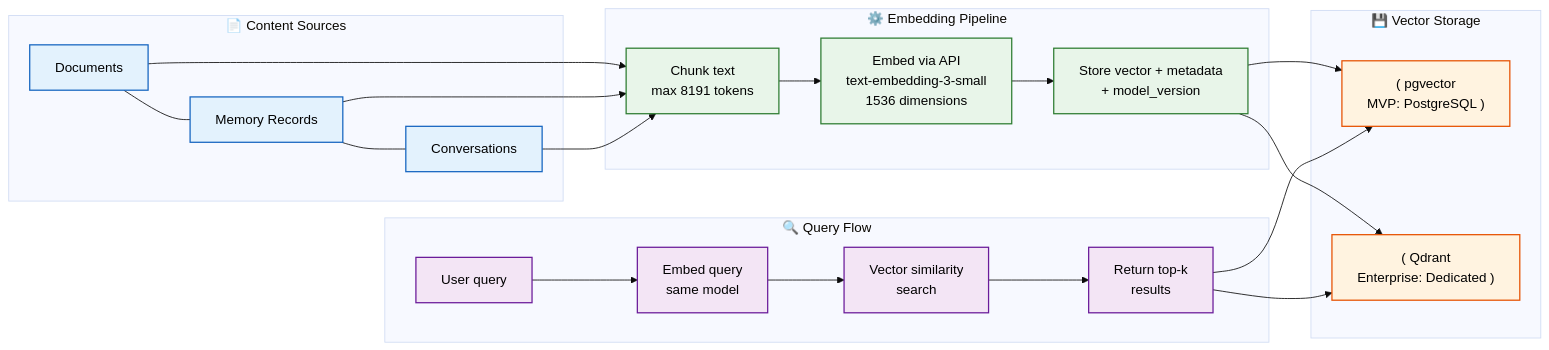
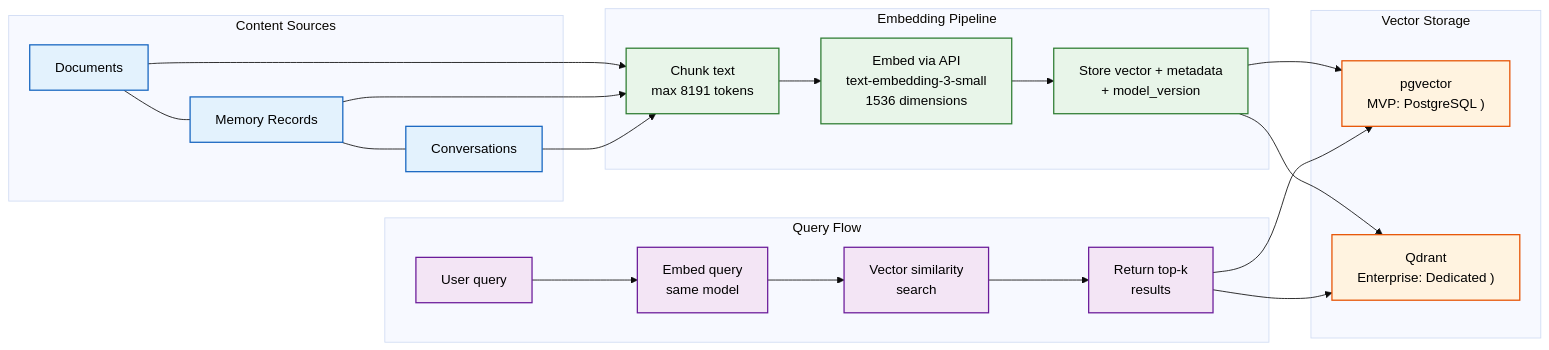
One commit to Driftloom/Vaeloom changed the first of 2 diagrams in docs/ai/Embeddings.md. Above: the diagram before and after it, drawn with Mermaid (base theme). The commit also changed other lines of this file and 694 other files, not shown here.

First line of the commit message:
docs: mermaid standardization — encoding/mermaid/duplicate cleanup

````diff
--- a/docs/ai/Embeddings.md
+++ b/docs/ai/Embeddings.md
@@ -26,38 +26,38 @@
 ```mermaid
 graph LR
-    classDef source fill:#e3f2fd,stroke:#1565c0,color:#000,stroke-width:1.5px
-    classDef process fill:#e8f5e9,stroke:#2e7d32,color:#000,stroke-width:1.5px
-    classDef store fill:#fff3e0,stroke:#e65100,color:#000,stroke-width:1.5px
-    classDef query fill:#f3e5f5,stroke:#6a1b9a,color:#000,stroke-width:1.5px
+ classDef source fill:#e3f2fd,stroke:#1565c0,color:#000,stroke-width:1.5px
+ classDef process fill:#e8f5e9,stroke:#2e7d32,color:#000,stroke-width:1.5px
+ classDef store fill:#fff3e0,stroke:#e65100,color:#000,stroke-width:1.5px
+ classDef query fill:#f3e5f5,stroke:#6a1b9a,color:#000,stroke-width:1.5px
 
-    subgraph Sources["📄 Content Sources"]
-        D[Documents] --- M[Memory Records] --- C[Conversations]
-    end
+ subgraph Sources["Content Sources"]
+ D[Documents] --- M[Memory Records] --- C[Conversations]
+ end
 
-    subgraph Pipeline["⚙️ Embedding Pipeline"]
-        CH["Chunk text<br/>max 8191 tokens"] --> EM["Embed via API<br/>text-embedding-3-small\n1536 dimensions"]
-        EM --> VV["Store vector + metadata<br/>+ model_version"]
-    end
+ subgraph Pipeline["Embedding Pipeline"]
+ CH["Chunk text<br/>max 8191 tokens"]--> EM["Embed via API<br/>text-embedding-3-small\n1536 dimensions"]
+ EM--> VV["Store vector + metadata<br/>+ model_version"]
+ end
 
-    subgraph Storage["💾 Vector Storage"]
-        PG["( pgvector<br/>MVP: PostgreSQL )"]
-        QD["( Qdrant<br/>Enterprise: Dedicated )"]
-    end
+ subgraph Storage["Vector Storage"]
+ PG["pgvector<br/>MVP: PostgreSQL )"]
+ QD["Qdrant<br/>Enterprise: Dedicated )"]
+ end
 
-    subgraph Query["🔍 Query Flow"]
-        Q["User query"] --> QE["Embed query<br/>same model"]
-        QE --> VS["Vector similarity<br/>search"]
-        VS --> RES["Return top-k<br/>results"]
-    end
+ subgraph Query["Query Flow"]
+ Q["User query"]--> QE["Embed query<br/>same model"]
+ QE--> VS["Vector similarity<br/>search"]
+ VS--> RES["Return top-k<br/>results"]
+ end
 
-    D & M & C --> CH
-    VV --> PG
-    VV --> QD
-    RES --> QD
-    RES --> PG
+ D & M & C--> CH
+ VV--> PG
+ VV--> QD
+ RES--> QD
+ RES--> PG
 
-    class D,M,C source
-    class CH,EM,VV process
-    class PG,QD store
-    class Q,QE,VS,RES query
+ class D,M,C source
+ class CH,EM,VV process
+ class PG,QD store
+ class Q,QE,VS,RES query
 ```
````
